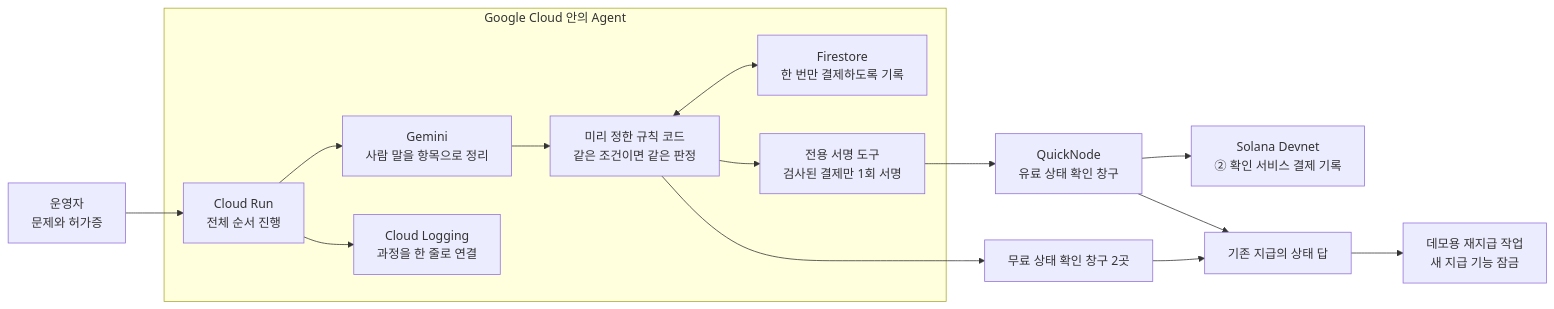
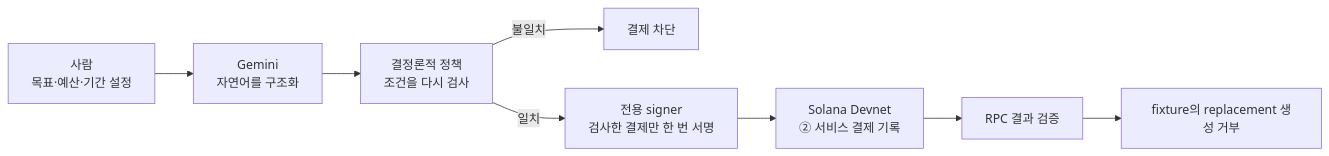
The third of 6 diagrams in research/decision-report/rpc-rescue-middle-school-visual-guide.md (procloudkim/2026-Solana-Google), drawn with Mermaid before and after one commit. The commit also changed other lines of this file and 75 other files, not shown here.

````diff
--- a/research/decision-report/rpc-rescue-middle-school-visual-guide.md
+++ b/research/decision-report/rpc-rescue-middle-school-visual-guide.md
@@ -97,31 +72,10 @@
 ```mermaid
 flowchart LR
-    U["운영자<br/>문제와 허가증"]
-
-    subgraph GCP["Google Cloud 안의 Agent"]
-        CR["Cloud Run<br/>전체 순서 진행"]
-        GM["Gemini<br/>사람 말을 항목으로 정리"]
-        PE["미리 정한 규칙 코드<br/>같은 조건이면 같은 판정"]
-        SIGN["전용 서명 도구<br/>검사된 결제만 1회 서명"]
-        DB["Firestore<br/>한 번만 결제하도록 기록"]
-        LG["Cloud Logging<br/>과정을 한 줄로 연결"]
-        CR --> GM --> PE
-        PE <--> DB
-        PE --> SIGN
-        CR --> LG
-    end
-
-    FREE["무료 상태 확인 창구 2곳"]
-    QN["QuickNode<br/>유료 상태 확인 창구"]
-    SOL["Solana Devnet<br/>② 확인 서비스 결제 기록"]
-    ANSWER["기존 지급의 상태 답"]
-    JOB["데모용 재지급 작업<br/>새 지급 기능 잠금"]
-
-    U --> CR
-    PE --> FREE
-    SIGN --> QN
-    QN --> SOL
-    FREE --> ANSWER
-    QN --> ANSWER
-    ANSWER --> JOB
+    U["사람<br/>목표·예산·기간 설정"] --> G["Gemini<br/>자연어를 구조화"]
+    G --> P["결정론적 정책<br/>조건을 다시 검사"]
+    P -->|불일치| X["결제 차단"]
+    P -->|일치| S["전용 signer<br/>검사한 결제만 한 번 서명"]
+    S --> L["Solana Devnet<br/>② 서비스 결제 기록"]
+    L --> R["RPC 결과 검증"]
+    R --> J["fixture의 replacement 생성 거부"]
 ```
````
